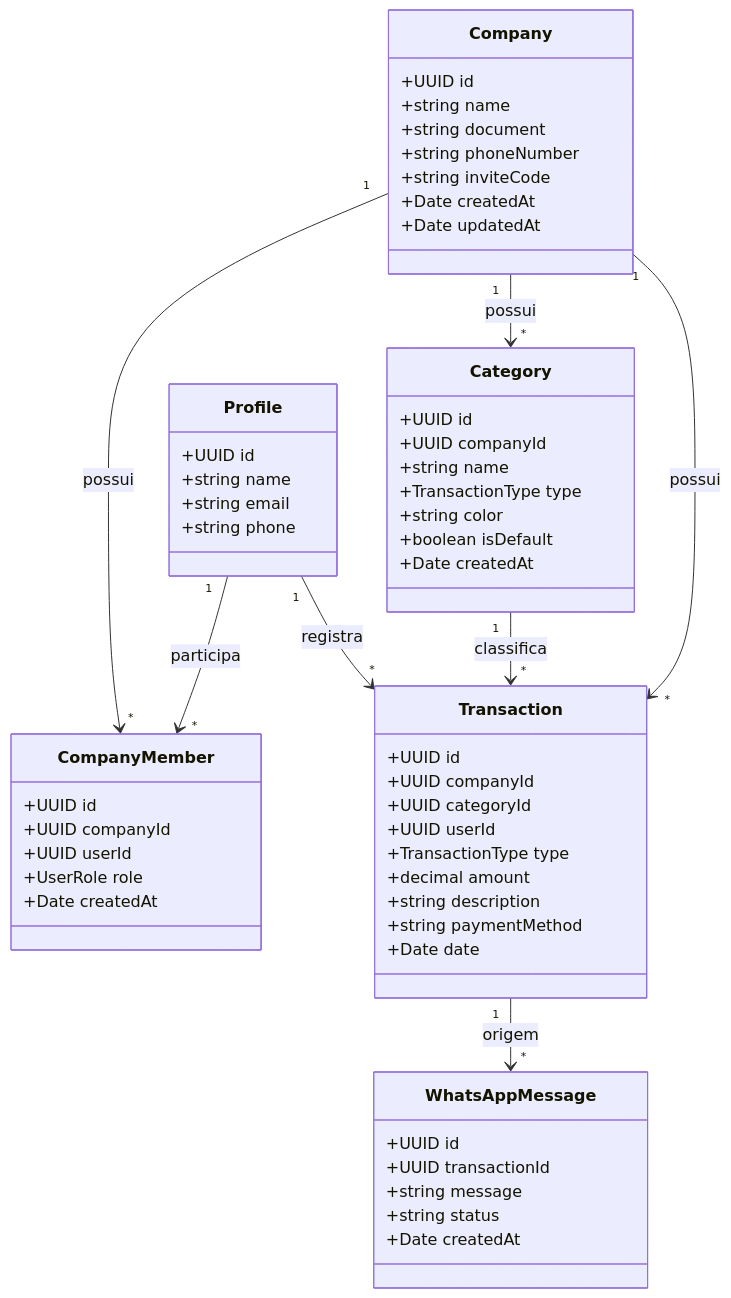
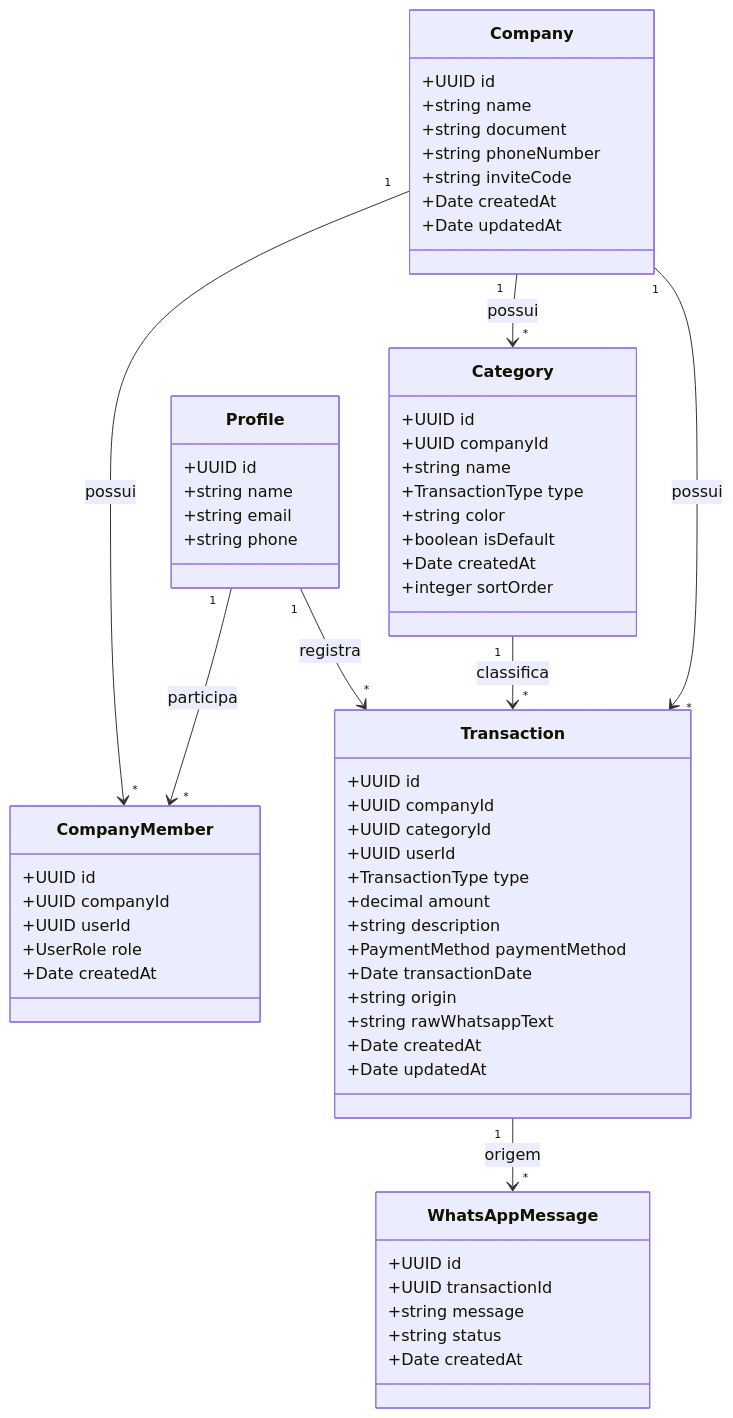
One commit to Rayck4dev/MetricsFlow_AI changed the second of 6 diagrams in README.md. Above: the diagram before and after it, drawn with Mermaid. The commit also changed other lines of this file and 142 other files, not shown here.

````diff
--- a/README.md
+++ b/README.md
@@ -627,66 +714,71 @@
 ```mermaid
 classDiagram
 
     class Profile {
         +UUID id
         +string name
         +string email
         +string phone
     }
 
     class Company {
         +UUID id
         +string name
         +string document
         +string phoneNumber
         +string inviteCode
         +Date createdAt
         +Date updatedAt
     }
 
     class CompanyMember {
         +UUID id
         +UUID companyId
         +UUID userId
         +UserRole role
         +Date createdAt
     }
 
     class Category {
         +UUID id
         +UUID companyId
         +string name
         +TransactionType type
         +string color
         +boolean isDefault
         +Date createdAt
+        +integer sortOrder
     }
 
     class Transaction {
         +UUID id
         +UUID companyId
         +UUID categoryId
         +UUID userId
         +TransactionType type
         +decimal amount
         +string description
-        +string paymentMethod
-        +Date date
+        +PaymentMethod paymentMethod
+        +Date transactionDate
+        +string origin
+        +string rawWhatsappText
+        +Date createdAt
+        +Date updatedAt
     }
 
     class WhatsAppMessage {
         +UUID id
         +UUID transactionId
         +string message
         +string status
         +Date createdAt
     }
 
     Profile "1" --> "*" CompanyMember : participa
     Company "1" --> "*" CompanyMember : possui
     Company "1" --> "*" Category : possui
     Company "1" --> "*" Transaction : possui
     Category "1" --> "*" Transaction : classifica
     Profile "1" --> "*" Transaction : registra
     Transaction "1" --> "*" WhatsAppMessage : origem
 ```
````
